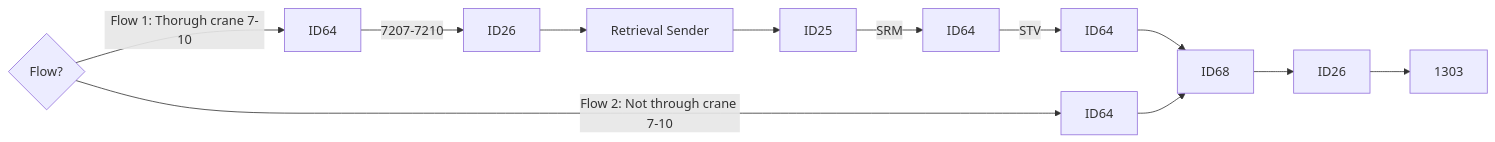
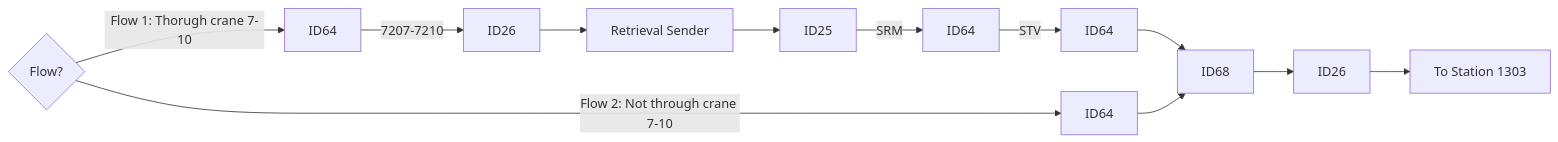
One commit to luthfiadityaa/SimeDarby-Wiki changed the second of 7 diagrams in Basic-Design/DFD-WMS/Retrieval/QC-Setting/Retrieval-for-QC-Start.md. Above: the diagram before and after it, drawn with Mermaid. The commit also changed other lines of this file, not shown here.

Commit message:
Updated Retrieval for QC Start

```diff
--- a/Basic-Design/DFD-WMS/Retrieval/QC-Setting/Retrieval-for-QC-Start.md
+++ b/Basic-Design/DFD-WMS/Retrieval/QC-Setting/Retrieval-for-QC-Start.md
@@ -17,8 +17,8 @@
 ::: mermaid
 flowchart LR
 
 Cond1{Flow?} 
 
 Cond1{Flow?}--> |Flow 1: Thorugh crane 7-10| P5[ID64]--> |7207-7210| P8[ID26]-->P9[Retrieval Sender]-->P10[ID25]--> |SRM| P11[ID64]--> |STV| P12[ID64]--> P7[ID68]
-Cond1{Flow?}--> |Flow 2: Not through crane 7-10| P6[ID64]--> P7[ID68]-->P81[ID26]-->P13[1303]
+Cond1{Flow?}--> |Flow 2: Not through crane 7-10| P6[ID64]--> P7[ID68]-->P81[ID26]-->P13[To Station 1303]
 :::
```
